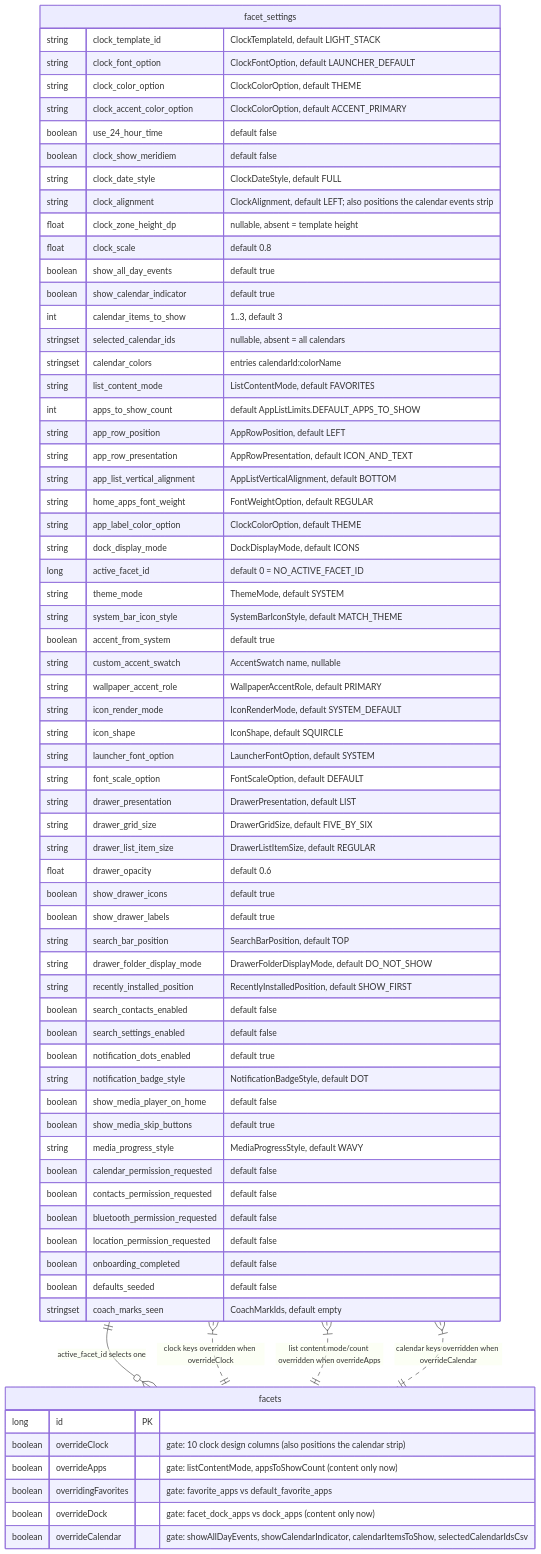
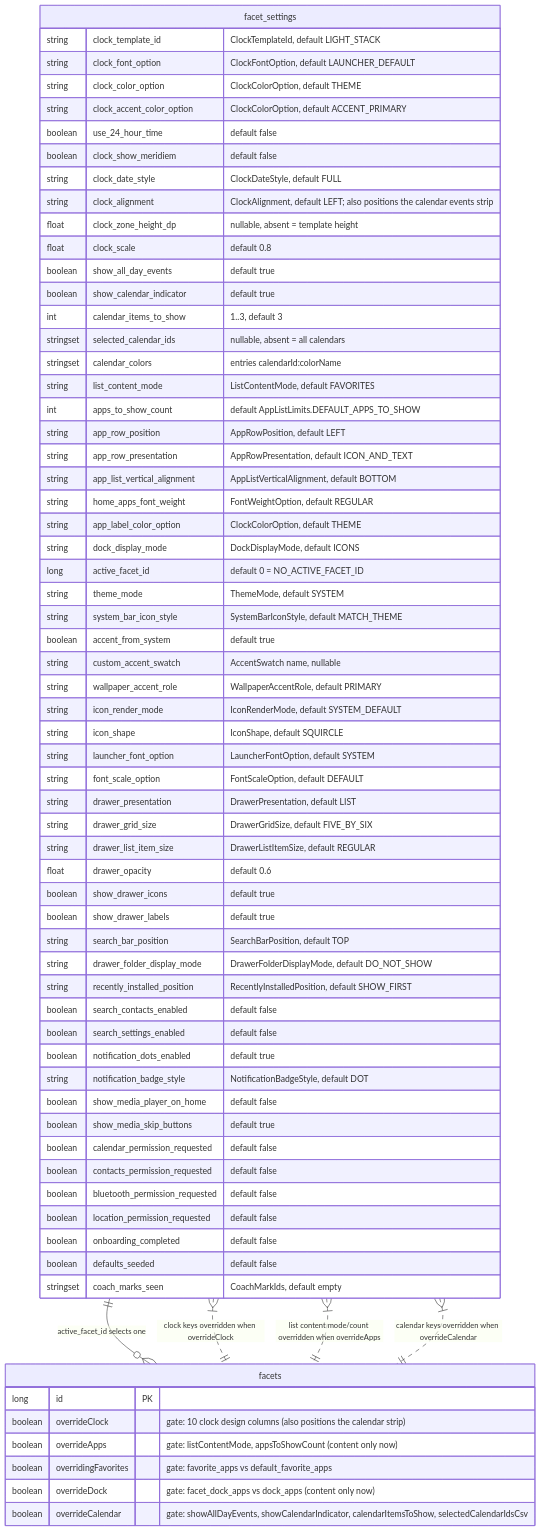
One commit to rohitganjam/facet-launcher changed the third of 3 diagrams in docs/architecture/02-persistence-room.md. Above: the diagram before and after it, drawn with Mermaid. The commit also changed other lines of this file and 20 other files, not shown here.

First line of the commit message:
Media player row: always wavy progress, flat when playback stops

````diff
--- a/docs/architecture/02-persistence-room.md
+++ b/docs/architecture/02-persistence-room.md
@@ -393,75 +393,74 @@
 ```mermaid
 erDiagram
     facet_settings {
         string clock_template_id "ClockTemplateId, default LIGHT_STACK"
         string clock_font_option "ClockFontOption, default LAUNCHER_DEFAULT"
         string clock_color_option "ClockColorOption, default THEME"
         string clock_accent_color_option "ClockColorOption, default ACCENT_PRIMARY"
         boolean use_24_hour_time "default false"
         boolean clock_show_meridiem "default false"
         string clock_date_style "ClockDateStyle, default FULL"
         string clock_alignment "ClockAlignment, default LEFT; also positions the calendar events strip"
         float clock_zone_height_dp "nullable, absent = template height"
         float clock_scale "default 0.8"
         boolean show_all_day_events "default true"
         boolean show_calendar_indicator "default true"
         int calendar_items_to_show "1..3, default 3"
         stringset selected_calendar_ids "nullable, absent = all calendars"
         stringset calendar_colors "entries calendarId:colorName"
         string list_content_mode "ListContentMode, default FAVORITES"
         int apps_to_show_count "default AppListLimits.DEFAULT_APPS_TO_SHOW"
         string app_row_position "AppRowPosition, default LEFT"
         string app_row_presentation "AppRowPresentation, default ICON_AND_TEXT"
         string app_list_vertical_alignment "AppListVerticalAlignment, default BOTTOM"
         string home_apps_font_weight "FontWeightOption, default REGULAR"
         string app_label_color_option "ClockColorOption, default THEME"
         string dock_display_mode "DockDisplayMode, default ICONS"
         long active_facet_id "default 0 = NO_ACTIVE_FACET_ID"
         string theme_mode "ThemeMode, default SYSTEM"
         string system_bar_icon_style "SystemBarIconStyle, default MATCH_THEME"
         boolean accent_from_system "default true"
         string custom_accent_swatch "AccentSwatch name, nullable"
         string wallpaper_accent_role "WallpaperAccentRole, default PRIMARY"
         string icon_render_mode "IconRenderMode, default SYSTEM_DEFAULT"
         string icon_shape "IconShape, default SQUIRCLE"
         string launcher_font_option "LauncherFontOption, default SYSTEM"
         string font_scale_option "FontScaleOption, default DEFAULT"
         string drawer_presentation "DrawerPresentation, default LIST"
         string drawer_grid_size "DrawerGridSize, default FIVE_BY_SIX"
         string drawer_list_item_size "DrawerListItemSize, default REGULAR"
         float drawer_opacity "default 0.6"
         boolean show_drawer_icons "default true"
         boolean show_drawer_labels "default true"
         string search_bar_position "SearchBarPosition, default TOP"
         string drawer_folder_display_mode "DrawerFolderDisplayMode, default DO_NOT_SHOW"
         string recently_installed_position "RecentlyInstalledPosition, default SHOW_FIRST"
         boolean search_contacts_enabled "default false"
         boolean search_settings_enabled "default false"
         boolean notification_dots_enabled "default true"
         string notification_badge_style "NotificationBadgeStyle, default DOT"
         boolean show_media_player_on_home "default false"
         boolean show_media_skip_buttons "default true"
-        string media_progress_style "MediaProgressStyle, default WAVY"
         boolean calendar_permission_requested "default false"
         boolean contacts_permission_requested "default false"
         boolean bluetooth_permission_requested "default false"
         boolean location_permission_requested "default false"
         boolean onboarding_completed "default false"
         boolean defaults_seeded "default false"
         stringset coach_marks_seen "CoachMarkIds, default empty"
     }
 
     facets {
         long id PK
         boolean overrideClock "gate: 10 clock design columns (also positions the calendar strip)"
         boolean overrideApps "gate: listContentMode, appsToShowCount (content only now)"
         boolean overridingFavorites "gate: favorite_apps vs default_favorite_apps"
         boolean overrideDock "gate: facet_dock_apps vs dock_apps (content only now)"
         boolean overrideCalendar "gate: showAllDayEvents, showCalendarIndicator, calendarItemsToShow, selectedCalendarIdsCsv"
     }
 
     facet_settings ||--o{ facets : "active_facet_id selects one"
     facet_settings }|..|| facets : "clock keys overridden when overrideClock"
     facet_settings }|..|| facets : "list content mode/count overridden when overrideApps"
     facet_settings }|..|| facets : "calendar keys overridden when overrideCalendar"
 ```
````
